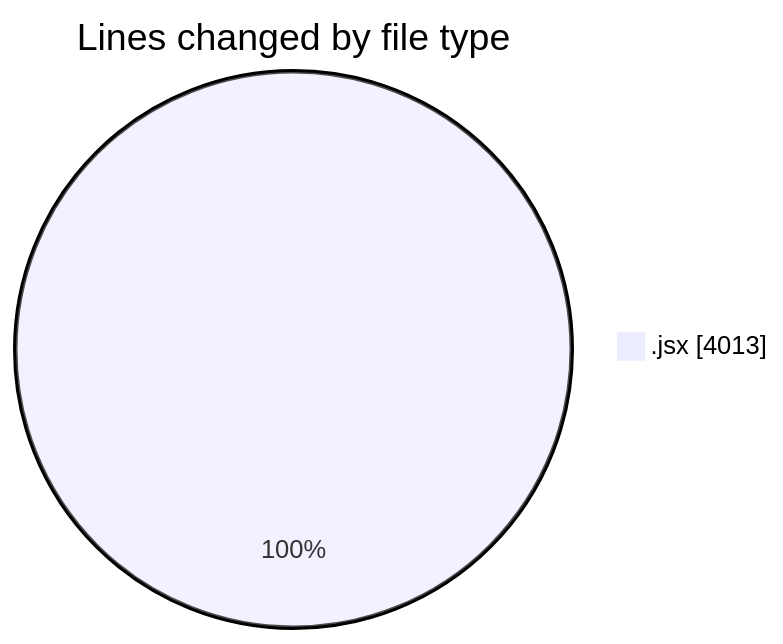
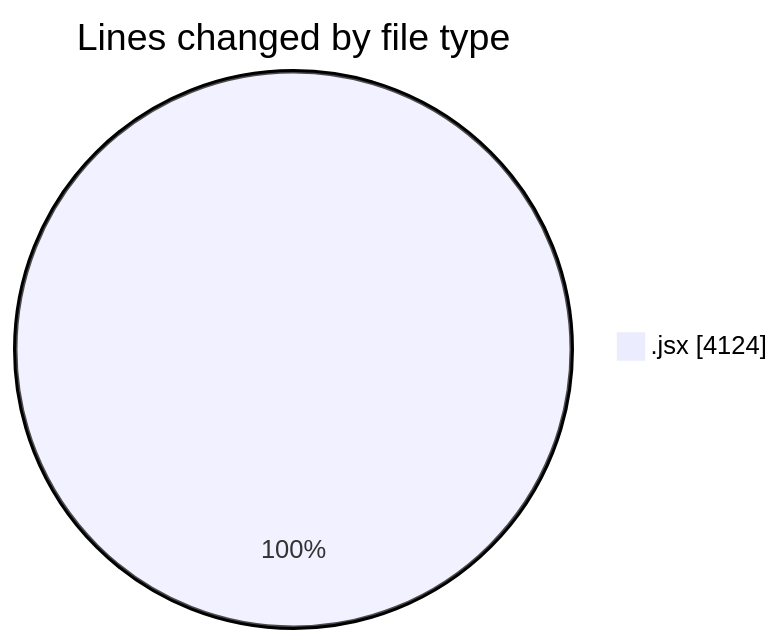
Before and after one commit to nxtqubesakshisongat/code-tracking: the first of 2 diagrams in 2025-10-14/nxtqube_webapp/README.md, drawn with Mermaid. The commit also changed other lines of this file and 1 other file, not shown here.

````diff
--- a/2025-10-14/nxtqube_webapp/README.md
+++ b/2025-10-14/nxtqube_webapp/README.md
@@ -21,5 +21,5 @@
 ```mermaid
 pie showData
 title Lines changed by file type
-".jsx" : 4013
+".jsx" : 4124
 ```
````
